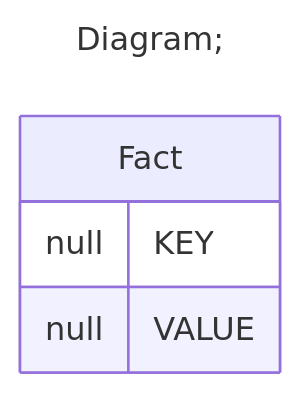
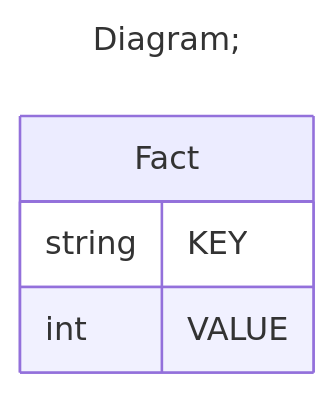
The third of 3 diagrams in demo/server/catalogs/min_Hierarchy_hasAll_single/README.MD (xmla-services/workground), drawn with Mermaid before and after one commit. The commit also changed other lines of this file and 33 other files, not shown here.

````diff
--- a/demo/server/catalogs/min_Hierarchy_hasAll_single/README.MD
+++ b/demo/server/catalogs/min_Hierarchy_hasAll_single/README.MD
@@ -87,11 +86,11 @@
 ```mermaid
 ---
 title: Diagram;
 ---
 erDiagram
 Fact{
-null KEY
-null VALUE
+string KEY
+int VALUE
 }
 
 ```
````
